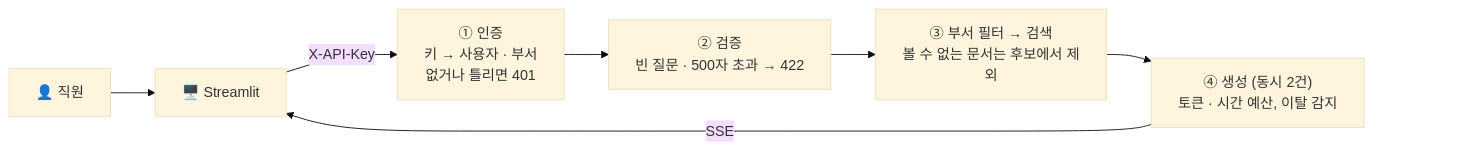
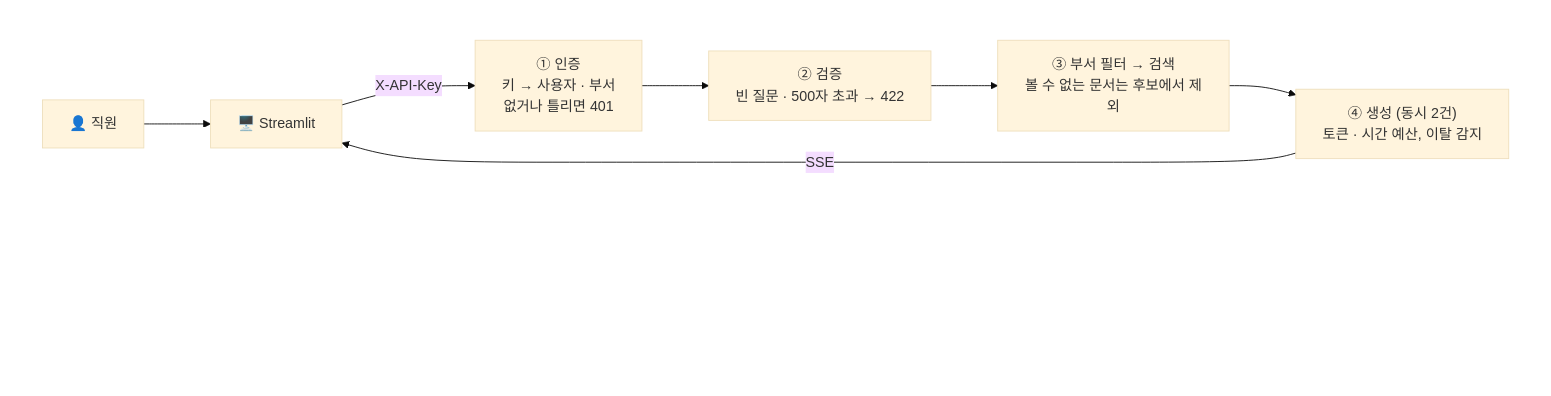
Before and after one commit to stella1298/AIFFEL_Quest_EPA: the diagram in Serving/Serving04/README.md, drawn with Mermaid (base theme). The commit also changed 7 other files, not shown here.

Commit message:
Serving02~05: 머메이드 그림 아래에 빈 자리를 두어 확대·이동 버튼에 가리지 않게 수정

````diff
--- a/Serving/Serving04/README.md
+++ b/Serving/Serving04/README.md
@@ -23,12 +23,16 @@
 ```mermaid
-flowchart LR
-    U["👤 직원"] --> S["🖥️ Streamlit"]
-    S -->|"X-API-Key"| A["① 인증<br/>키 → 사용자 · 부서<br/>없거나 틀리면 401"]
-    A --> V["② 검증<br/>빈 질문 · 500자 초과 → 422"]
-    V --> R["③ 부서 필터 → 검색<br/>볼 수 없는 문서는 후보에서 제외"]
-    R --> G["④ 생성 (동시 2건)<br/>토큰 · 시간 예산, 이탈 감지"]
-    G -->|"SSE"| S
-    %% 오른쪽 아래 확대·이동 버튼이 그림을 가리지 않게 비워 두는 자리
-    G ~~~ pad["　　　　　　　　　"]
+flowchart TB
+    %% 가로 흐름을 투명한 상자에 담고, 아래에 빈 줄을 두어 GitHub 의 확대·이동 버튼이 그림을 가리지 않게 합니다
+    subgraph flow[" "]
+        direction LR
+        U["👤 직원"] --> S["🖥️ Streamlit"]
+        S -->|"X-API-Key"| A["① 인증<br/>키 → 사용자 · 부서<br/>없거나 틀리면 401"]
+        A --> V["② 검증<br/>빈 질문 · 500자 초과 → 422"]
+        V --> R["③ 부서 필터 → 검색<br/>볼 수 없는 문서는 후보에서 제외"]
+        R --> G["④ 생성 (동시 2건)<br/>토큰 · 시간 예산, 이탈 감지"]
+        G -->|"SSE"| S
+    end
+    flow ~~~ pad["<br/><br/><br/><br/><br/>"]
+    style flow fill:none,stroke:none
     style pad fill:none,stroke:none
 ```
````
